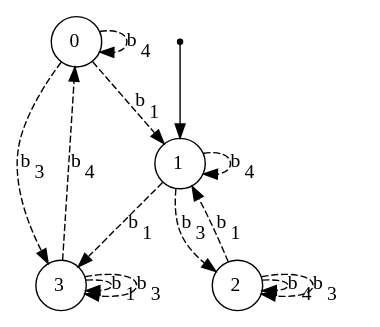
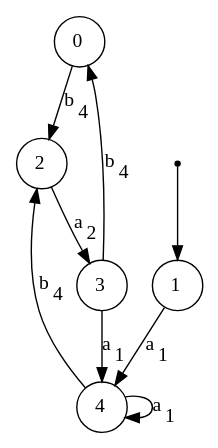
One commit to Reithger/Finite-State-Machine-Model changed the diagram in dotsource.dot. Above: the diagram before and after it, drawn with Graphviz. The commit also changed 15 other files, not shown here.

```diff
--- a/dotsource.dot
+++ b/dotsource.dot
@@ -1,20 +1,16 @@
 digraph G {
 "n0"[label= <0> shape=circle color="black" style=wedged fillcolor="white" style=filled];
 "n1"[label= <1> shape=circle color="black" style=wedged fillcolor="white" style=filled];
 "ArbitraryUnusedNameNoWorriesJustGrooving2"[fontSize=1 shape=point];
 "n2"[label= <2> shape=circle color="black" style=wedged fillcolor="white" style=filled];
 "n3"[label= <3> shape=circle color="black" style=wedged fillcolor="white" style=filled];
+"n4"[label= <4> shape=circle color="black" style=wedged fillcolor="white" style=filled];
 {"ArbitraryUnusedNameNoWorriesJustGrooving2"}->{"n1"};
-{"n0"}->{"n3"}[label = <b<sub>3</sub>> color="black" arrowhead="normal" style="dashed"];
-{"n0"}->{"n1"}[label = <b<sub>1</sub>> color="black" arrowhead="normal" style="dashed"];
-{"n0"}->{"n0"}[label = <b<sub>4</sub>> color="black" arrowhead="normal" style="dashed"];
-{"n1"}->{"n2"}[label = <b<sub>3</sub>> color="black" arrowhead="normal" style="dashed"];
-{"n1"}->{"n3"}[label = <b<sub>1</sub>> color="black" arrowhead="normal" style="dashed"];
-{"n1"}->{"n1"}[label = <b<sub>4</sub>> color="black" arrowhead="normal" style="dashed"];
-{"n2"}->{"n1"}[label = <b<sub>1</sub>> color="black" arrowhead="normal" style="dashed"];
-{"n2"}->{"n2"}[label = <b<sub>4</sub>> color="black" arrowhead="normal" style="dashed"];
-{"n2"}->{"n2"}[label = <b<sub>3</sub>> color="black" arrowhead="normal" style="dashed"];
-{"n3"}->{"n0"}[label = <b<sub>4</sub>> color="black" arrowhead="normal" style="dashed"];
-{"n3"}->{"n3"}[label = <b<sub>1</sub>> color="black" arrowhead="normal" style="dashed"];
-{"n3"}->{"n3"}[label = <b<sub>3</sub>> color="black" arrowhead="normal" style="dashed"];
+{"n0"}->{"n2"}[label = <b<sub>4</sub>> color="black" arrowhead="normal" style=""];
+{"n1"}->{"n4"}[label = <a<sub>1</sub>> color="black" arrowhead="normal" style=""];
+{"n2"}->{"n3"}[label = <a<sub>2</sub>> color="black" arrowhead="normal" style=""];
+{"n3"}->{"n4"}[label = <a<sub>1</sub>> color="black" arrowhead="normal" style=""];
+{"n3"}->{"n0"}[label = <b<sub>4</sub>> color="black" arrowhead="normal" style=""];
+{"n4"}->{"n4"}[label = <a<sub>1</sub>> color="black" arrowhead="normal" style=""];
+{"n4"}->{"n2"}[label = <b<sub>4</sub>> color="black" arrowhead="normal" style=""];
 }
```
